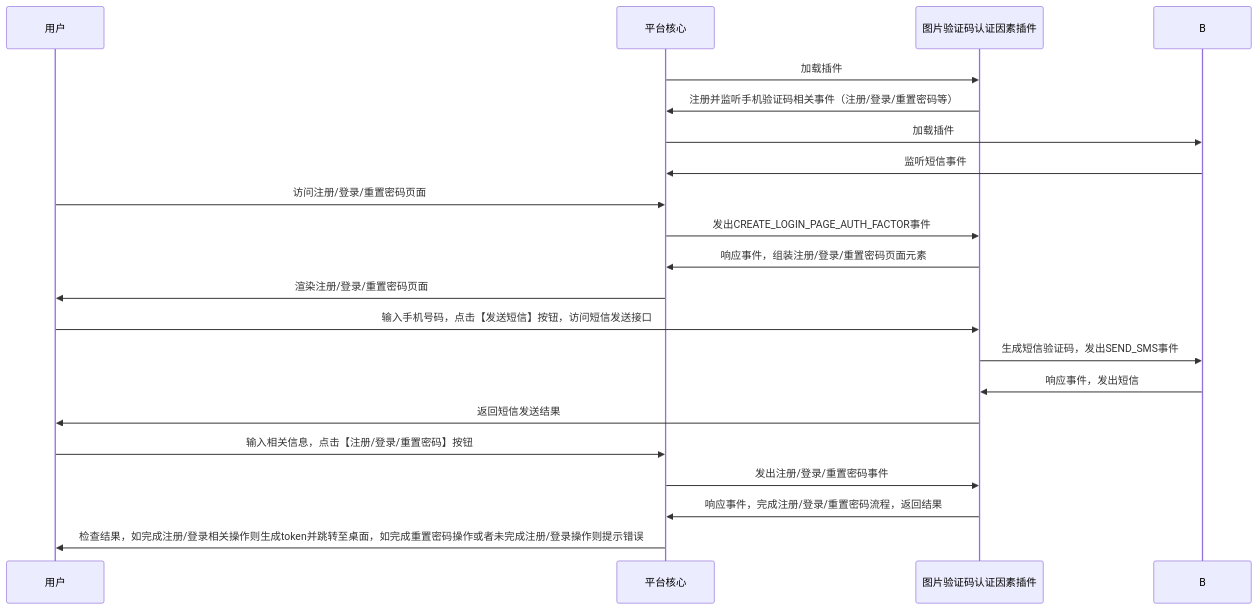
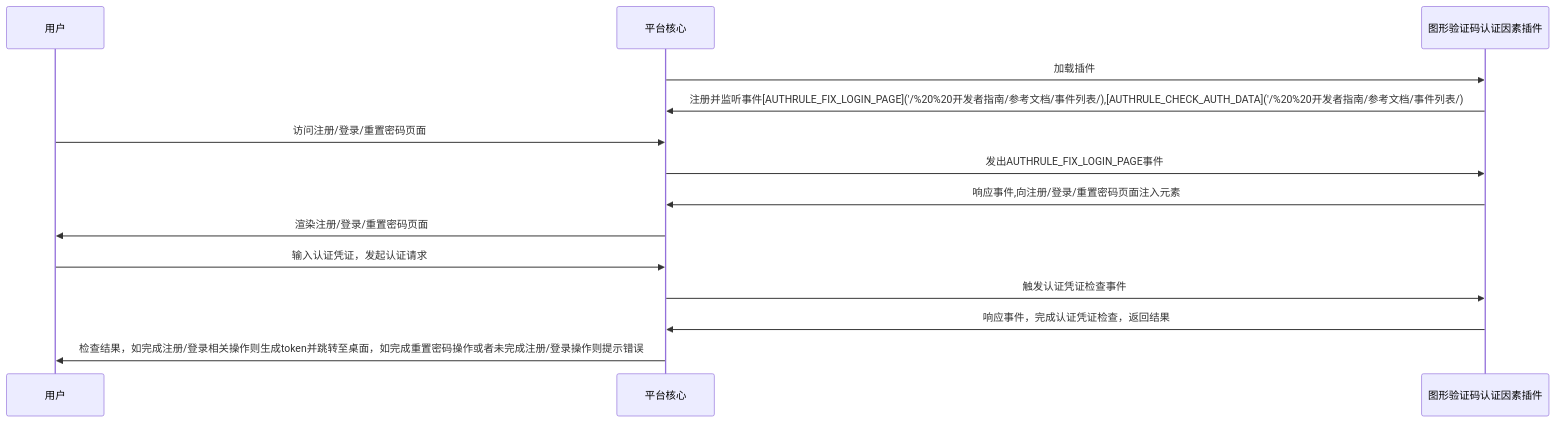
One commit to longguikeji/arkid changed the diagram in extension_root/com_longgui_auth_factor_authcode/index.md. Above: the diagram before and after it, drawn with Mermaid. The commit also changed other lines of this file and 2 other files, not shown here.

Commit message:
feat: 🎸 图形验证码文档

````diff
--- a/extension_root/com_longgui_auth_factor_authcode/index.md
+++ b/extension_root/com_longgui_auth_factor_authcode/index.md
@@ -17,24 +17,18 @@
 ```mermaid
 sequenceDiagram
     participant D as 用户
     participant C as 平台核心
-    participant A as 图片验证码认证因素插件
+    participant A as 图形验证码认证因素插件
     
     C->>A: 加载插件
-    A->>C: 注册并监听手机验证码相关事件（注册/登录/重置密码等）
-    C->>B: 加载插件
-    B->>C: 监听短信事件
+    A->>C: 注册并监听事件[AUTHRULE_FIX_LOGIN_PAGE]('/%20%20开发者指南/参考文档/事件列表/),[AUTHRULE_CHECK_AUTH_DATA]('/%20%20开发者指南/参考文档/事件列表/)
     D->>C: 访问注册/登录/重置密码页面
-    C->>A: 发出CREATE_LOGIN_PAGE_AUTH_FACTOR事件
-    A->>C: 响应事件，组装注册/登录/重置密码页面元素
+    C->>A: 发出AUTHRULE_FIX_LOGIN_PAGE事件
+    A->>C: 响应事件,向注册/登录/重置密码页面注入元素
     C->>D: 渲染注册/登录/重置密码页面
-    D->>A: 输入手机号码，点击【发送短信】按钮，访问短信发送接口
-    A->>B: 生成短信验证码，发出SEND_SMS事件
-    B->>A: 响应事件，发出短信
-    A->>D: 返回短信发送结果
-    D->>C: 输入相关信息，点击【注册/登录/重置密码】按钮
-    C->>A: 发出注册/登录/重置密码事件
-    A->>C: 响应事件，完成注册/登录/重置密码流程，返回结果
+    D->>C: 输入认证凭证，发起认证请求
+    C->>A: 触发认证凭证检查事件
+    A->>C: 响应事件，完成认证凭证检查，返回结果
     C->>D: 检查结果，如完成注册/登录相关操作则生成token并跳转至桌面，如完成重置密码操作或者未完成注册/登录操作则提示错误
 
 ```
````
